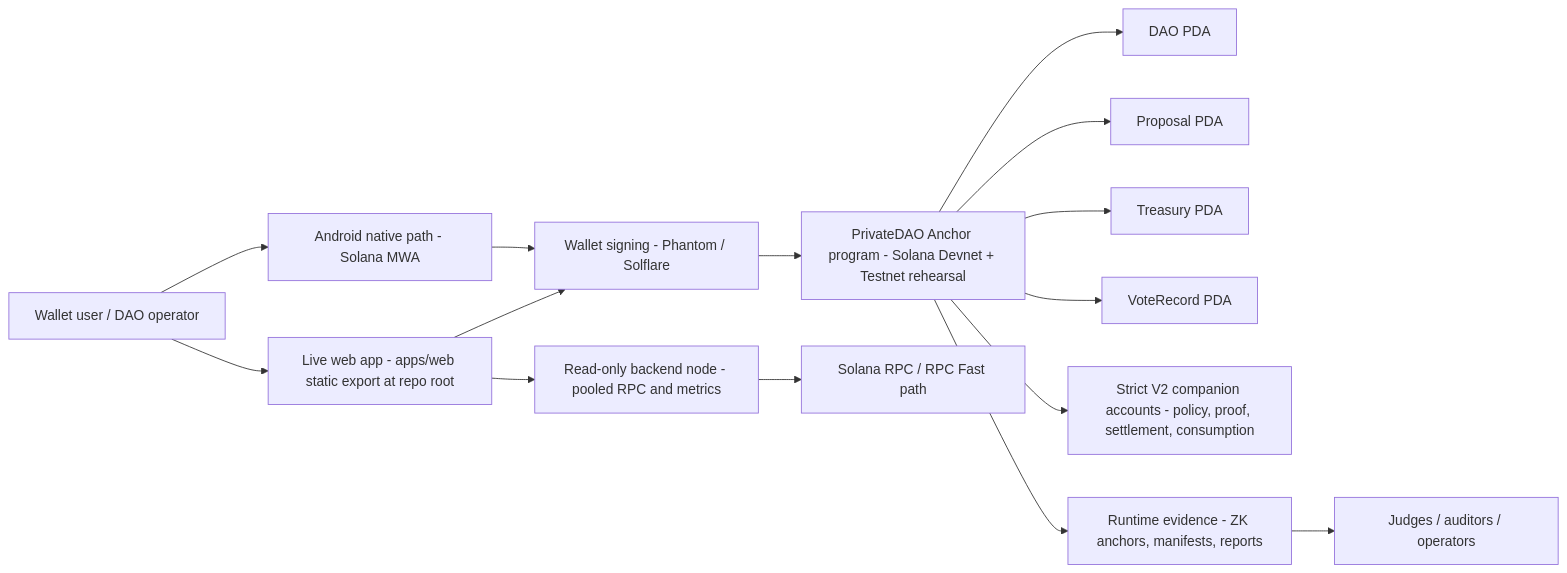
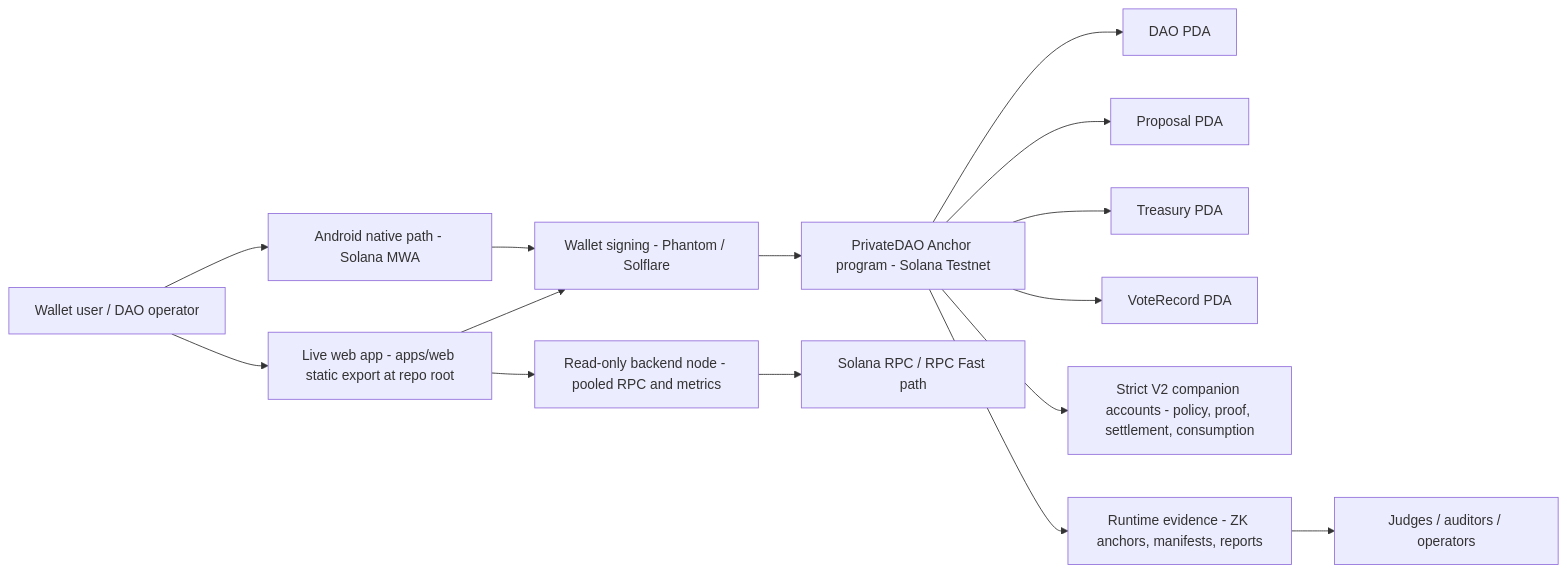
One commit to X-PACT/PrivateDAO changed the first of 2 diagrams in README.md. Above: the diagram before and after it, drawn with Mermaid. The commit also changed other lines of this file and 156 other files, not shown here.

````diff
--- a/README.md
+++ b/README.md
@@ -329,17 +342,17 @@
 ```mermaid
 flowchart LR
   User["Wallet user / DAO operator"] --> Frontend["Live web app - apps/web static export at repo root"]
   User --> Android["Android native path - Solana MWA"]
   Frontend --> Wallet["Wallet signing - Phantom / Solflare"]
   Android --> Wallet
-  Wallet --> Program["PrivateDAO Anchor program - Solana Devnet + Testnet rehearsal"]
+  Wallet --> Program["PrivateDAO Anchor program - Solana Testnet"]
   Program --> DAO["DAO PDA"]
   Program --> Proposal["Proposal PDA"]
   Program --> Treasury["Treasury PDA"]
   Program --> VoteRecord["VoteRecord PDA"]
   Program --> StrictV2["Strict V2 companion accounts - policy, proof, settlement, consumption"]
   Frontend --> ReadNode["Read-only backend node - pooled RPC and metrics"]
   ReadNode --> RPC["Solana RPC / RPC Fast path"]
   Program --> Evidence["Runtime evidence - ZK anchors, manifests, reports"]
   Evidence --> Reviewers["Judges / auditors / operators"]
 ```
````
